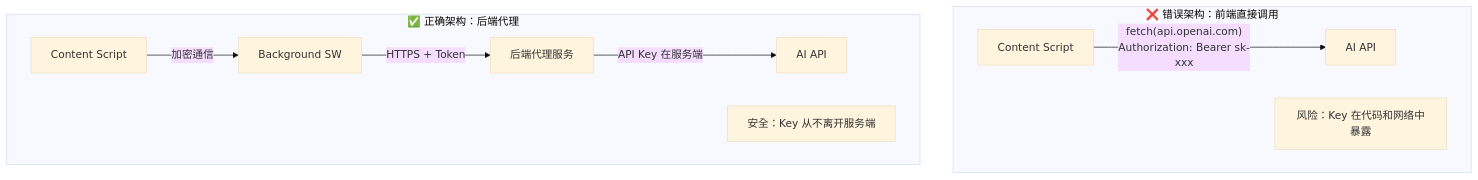
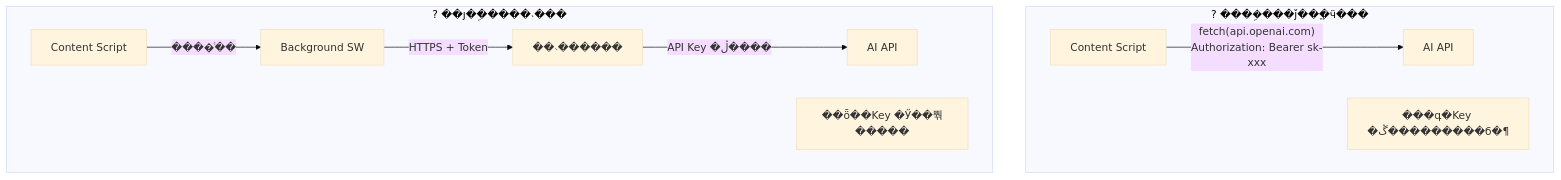
The third of 8 diagrams in content/post/ai-interview/Chrome插件如何安全调用AI.zh-CN.md (TimeHunter618/hugo-maid-dev), drawn with Mermaid (base theme) before and after one commit. The commit also changed other lines of this file and 70 other files, not shown here.

````diff
--- a/content/post/ai-interview/Chrome插件如何安全调用AI.zh-CN.md
+++ b/content/post/ai-interview/Chrome插件如何安全调用AI.zh-CN.md
@@ -78,14 +78,14 @@
 ```mermaid
 graph TB
-    subgraph "❌ 错误架构：前端直接调用"
+    subgraph "? ����ܹ���ǰ��ֱ�ӵ���"
         A1[Content Script] -->|"fetch(api.openai.com)<br/>Authorization: Bearer sk-xxx"| B1[AI API]
-        C1["风险：Key 在代码和网络中暴露"]
+        C1["���գ�Key �ڴ���������б�¶"]
     end
 
-    subgraph "✅ 正确架构：后端代理"
-        A2[Content Script] -->|"加密通信"| B2[Background SW]
-        B2 -->|"HTTPS + Token"| C2[后端代理服务]
-        C2 -->|"API Key 在服务端"| D2[AI API]
-        E2["安全：Key 从不离开服务端"]
+    subgraph "? ��ȷ�ܹ�����˴���"
+        A2[Content Script] -->|"����ͨ��"| B2[Background SW]
+        B2 -->|"HTTPS + Token"| C2[��˴������]
+        C2 -->|"API Key �ڷ����"| D2[AI API]
+        E2["��ȫ��Key �Ӳ��뿪�����"]
     end
 ```
````
